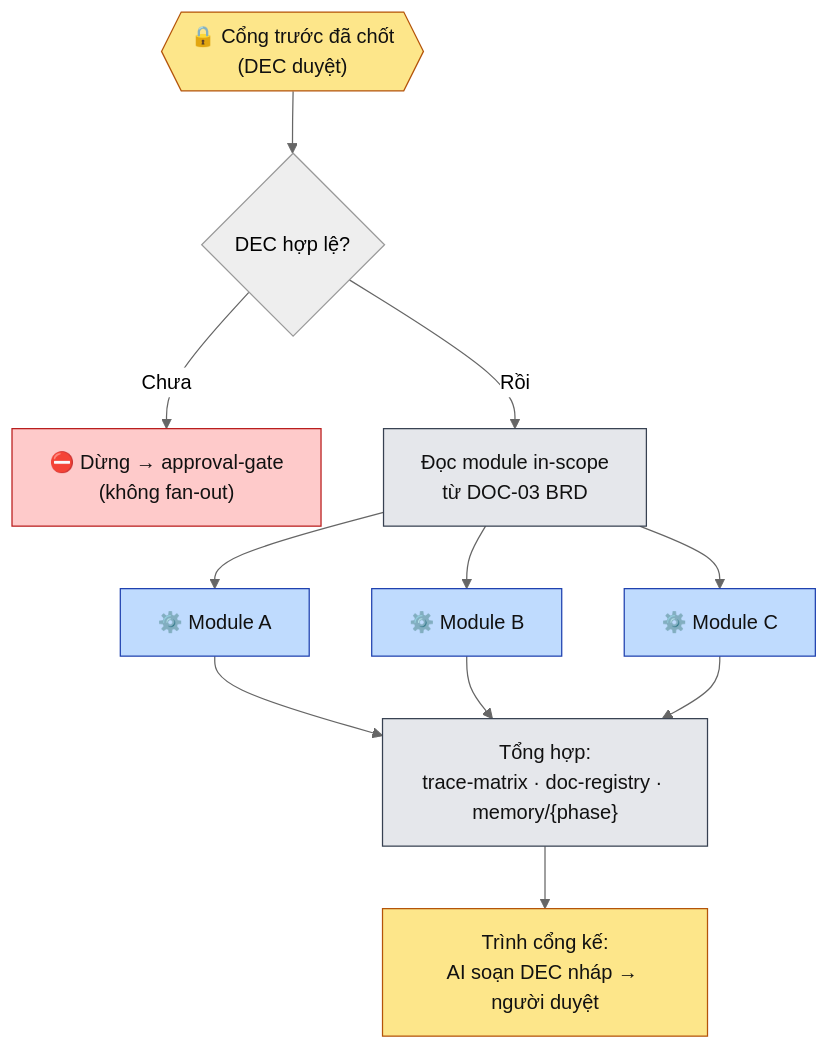
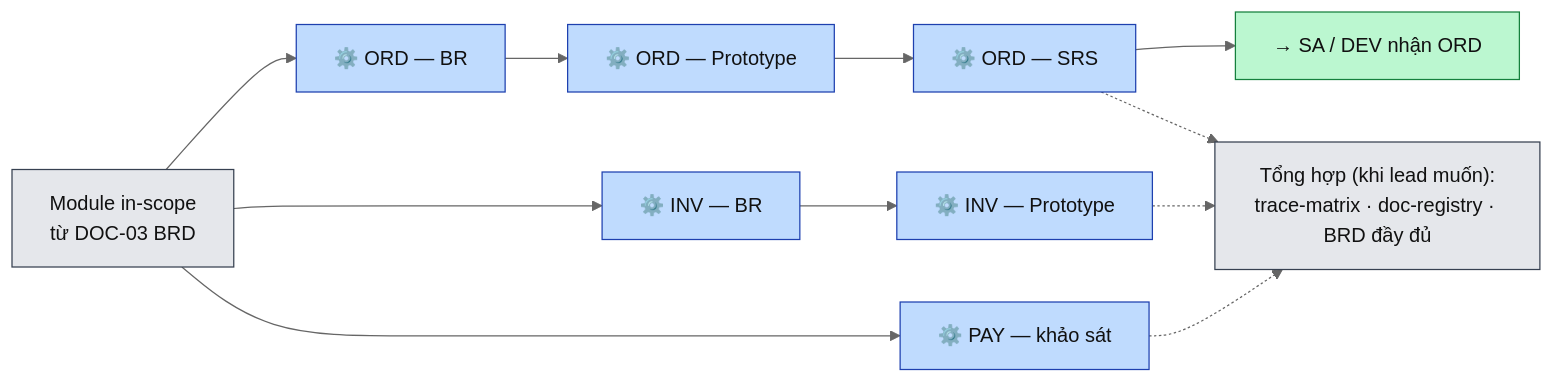
One commit to hoangnh2412/ai-skills changed the diagram in minipower/skills/fan-out/SKILL.md. Above: the diagram before and after it, drawn with Mermaid (neutral theme). The commit also changed other lines of this file and 7 other files, not shown here.

````diff
--- a/minipower/skills/fan-out/SKILL.md
+++ b/minipower/skills/fan-out/SKILL.md
@@ -32,16 +34,16 @@
 ```mermaid
-flowchart TB
-  GATE{{"🔒 Cổng trước đã chốt<br/>(DEC duyệt)"}}:::gate --> CHK{"DEC hợp lệ?"}
-  CHK -->|Chưa| STOP["⛔ Dừng → approval-gate<br/>(không fan-out)"]:::stop
-  CHK -->|Rồi| MODS["Đọc module in-scope<br/>từ DOC-03 BRD"]:::doc
-  MODS --> A["⚙️ Module A"]:::ai & B["⚙️ Module B"]:::ai & C["⚙️ Module C"]:::ai
-  A --> TM["Tổng hợp:<br/>trace-matrix · doc-registry · memory/{phase}"]:::doc
-  B --> TM
-  C --> TM
-  TM --> NEXT["Trình cổng kế:<br/>AI soạn DEC nháp → người duyệt"]:::gate
+flowchart LR
+  MODS["Module in-scope<br/>từ DOC-03 BRD"]:::doc
 
-  classDef gate fill:#fde68a,stroke:#b45309,color:#111
+  MODS --> A1["⚙️ ORD — BR"]:::ai --> A2["⚙️ ORD — Prototype"]:::ai --> A3["⚙️ ORD — SRS"]:::ai --> A4["→ SA / DEV nhận ORD"]:::done
+  MODS --> B1["⚙️ INV — BR"]:::ai --> B2["⚙️ INV — Prototype"]:::ai
+  MODS --> C1["⚙️ PAY — khảo sát"]:::ai
+
+  A3 -.-> TM["Tổng hợp (khi lead muốn):<br/>trace-matrix · doc-registry · BRD đầy đủ"]:::doc
+  B2 -.-> TM
+  C1 -.-> TM
+
   classDef ai fill:#bfdbfe,stroke:#1e40af,color:#111
   classDef doc fill:#e5e7eb,stroke:#374151,color:#111
-  classDef stop fill:#fecaca,stroke:#b91c1c,color:#111
+  classDef done fill:#bbf7d0,stroke:#15803d,color:#111
 ```
````
